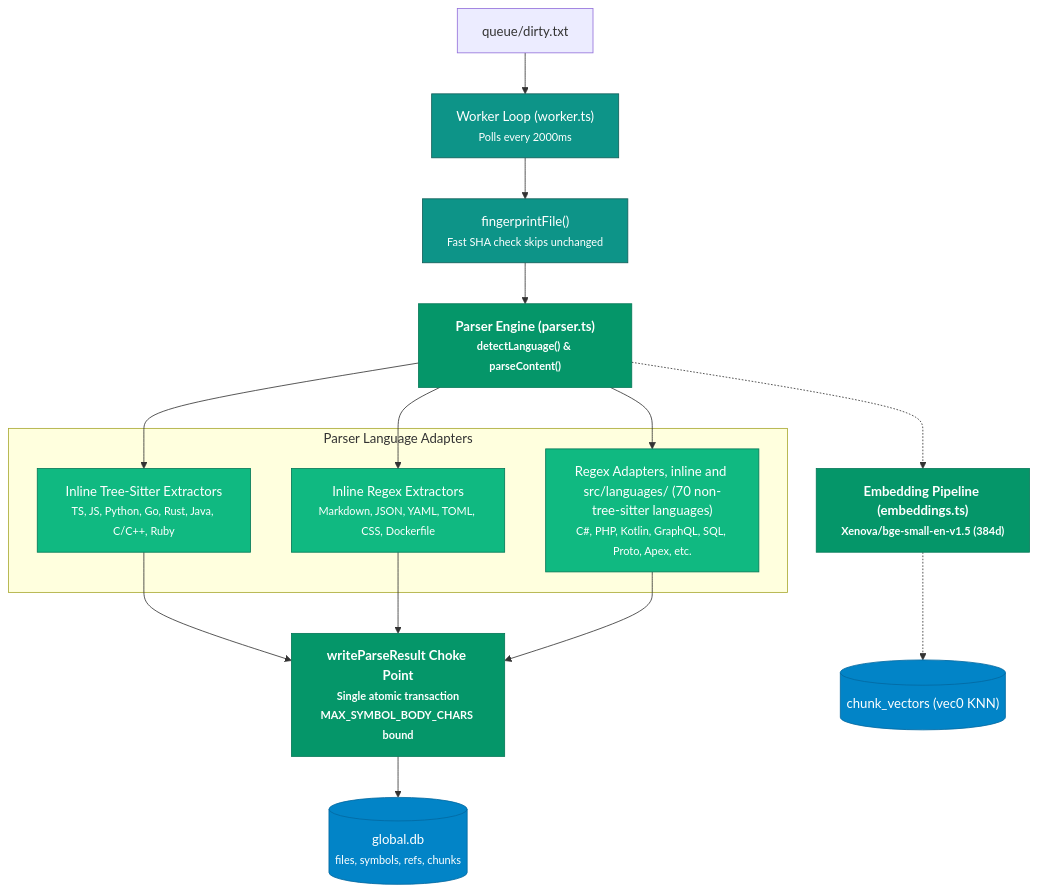
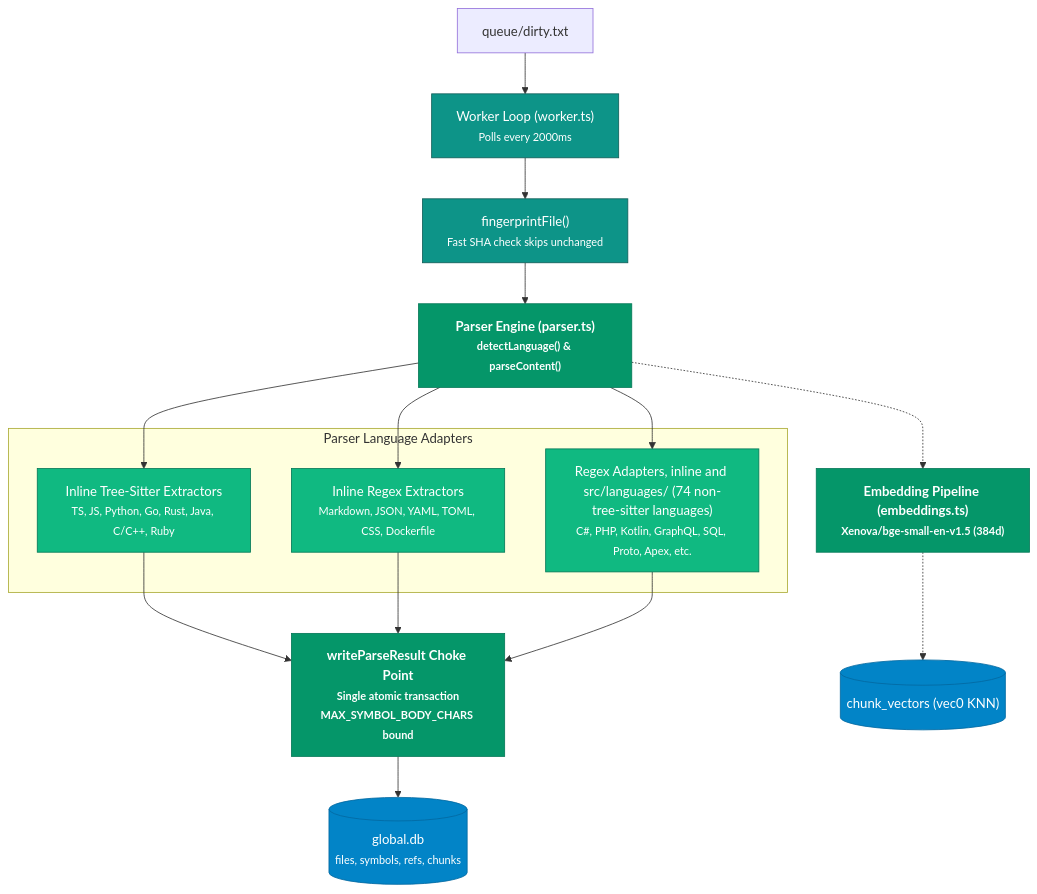
One commit to DFKHelper/token-goat changed the fourth of 7 diagrams in docs/C4_RUNTIME_ARCHITECTURE.md. Above: the diagram before and after it, drawn with Mermaid. The commit also changed 27 other files, not shown here.

````diff
--- a/docs/C4_RUNTIME_ARCHITECTURE.md
+++ b/docs/C4_RUNTIME_ARCHITECTURE.md
@@ -180,30 +180,30 @@
 ```mermaid
 flowchart TB
     classDef parser fill:#059669,stroke:#047857,color:#ffffff,font-weight:bold;
     classDef worker fill:#0D9488,stroke:#115E59,color:#ffffff;
     classDef adapter fill:#10B981,stroke:#047857,color:#ffffff;
     classDef db fill:#0284C7,stroke:#0369A1,color:#ffffff;
 
     DirtyQueue["queue/dirty.txt"] --> WorkerLoop["Worker Loop (worker.ts)<br/><small>Polls every 2000ms</small>"]:::worker
     WorkerLoop --> Fingerprint["fingerprintFile()<br/><small>Fast SHA check skips unchanged</small>"]:::worker
     Fingerprint --> Parser["Parser Engine (parser.ts)<br/><small>detectLanguage() & parseContent()</small>"]:::parser
 
     subgraph ParserAdapters ["Parser Language Adapters"]
         TreeSitter["Inline Tree-Sitter Extractors<br/><small>TS, JS, Python, Go, Rust, Java, C/C++, Ruby</small>"]:::adapter
         RegexInline["Inline Regex Extractors<br/><small>Markdown, JSON, YAML, TOML, CSS, Dockerfile</small>"]:::adapter
-        LangAdapters["Regex Adapters, inline and src/languages/ (70 non-tree-sitter languages)<br/><small>C#, PHP, Kotlin, GraphQL, SQL, Proto, Apex, etc.</small>"]:::adapter
+        LangAdapters["Regex Adapters, inline and src/languages/ (74 non-tree-sitter languages)<br/><small>C#, PHP, Kotlin, GraphQL, SQL, Proto, Apex, etc.</small>"]:::adapter
     end
 
     Parser --> TreeSitter
     Parser --> RegexInline
     Parser --> LangAdapters
 
     TreeSitter --> ChokePoint["writeParseResult Choke Point<br/><small>Single atomic transaction<br/>MAX_SYMBOL_BODY_CHARS bound</small>"]:::parser
     RegexInline --> ChokePoint
     LangAdapters --> ChokePoint
 
     ChokePoint --> GlobalDB[("global.db<br/><small>files, symbols, refs, chunks</small>")]:::db
     
     Parser -.-> Embedder["Embedding Pipeline (embeddings.ts)<br/><small>Xenova/bge-small-en-v1.5 (384d)</small>"]:::parser
     Embedder -.-> VecDB[("chunk_vectors (vec0 KNN)")]:::db
 ```
````
